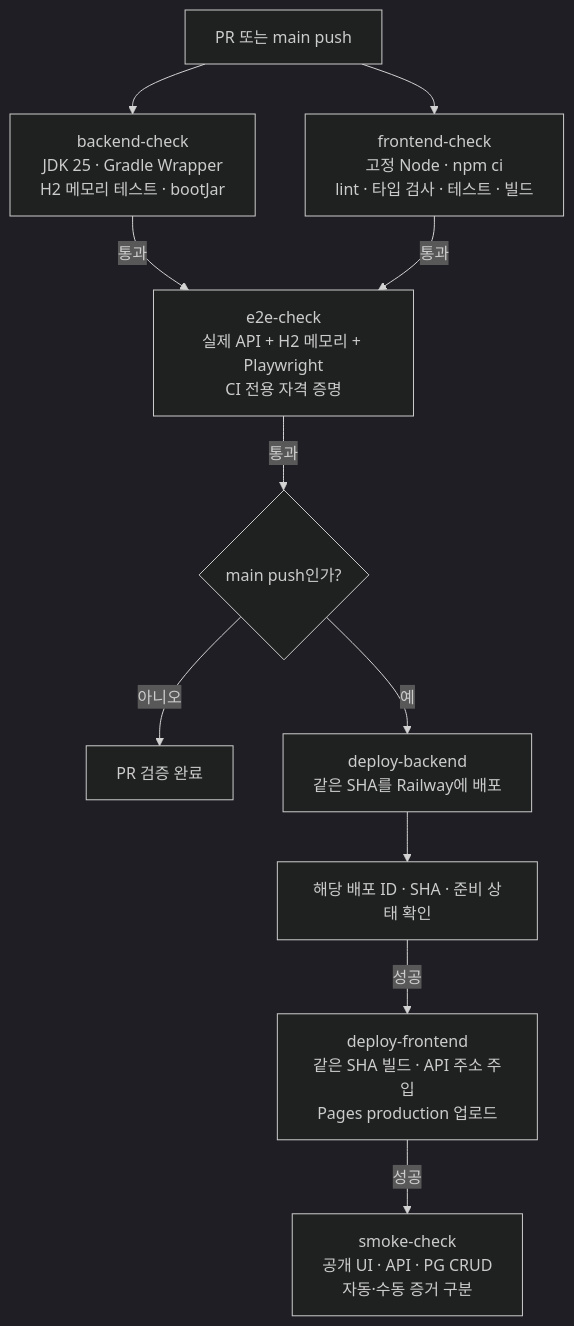
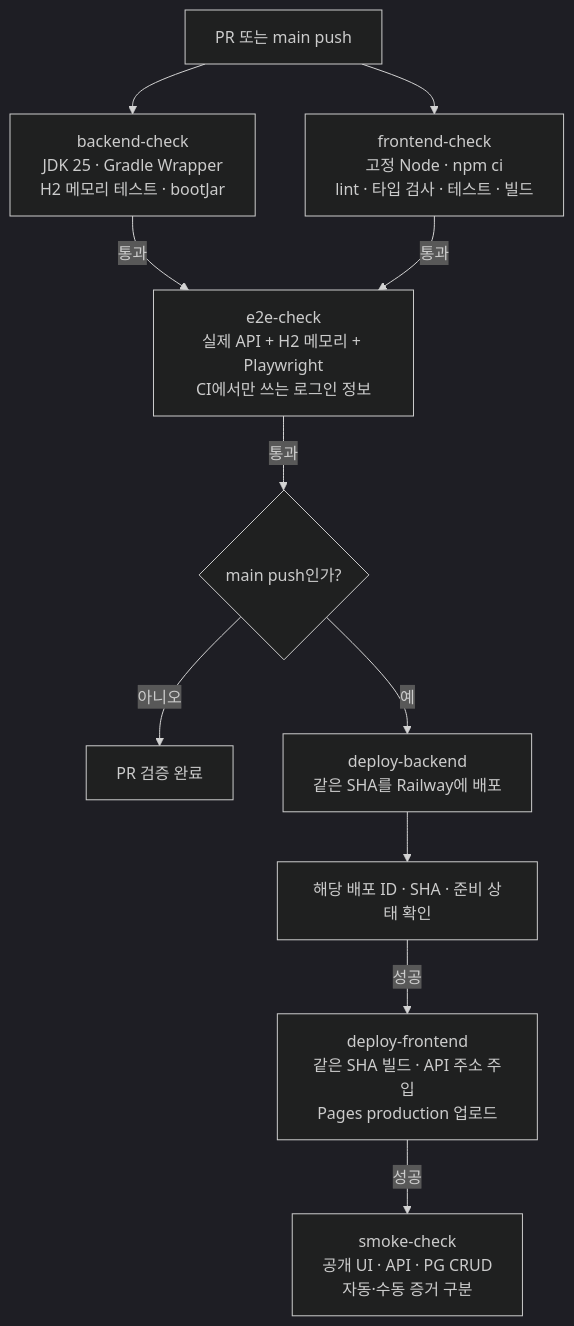
One commit to jhs512/matt-user-guide changed diagram 14 of 16 in README.md. Above: the diagram before and after it, drawn with Mermaid (dark theme). The commit also changed other lines of this file and 1 other file, not shown here.

````diff
--- a/README.md
+++ b/README.md
@@ -1050,13 +1058,13 @@
 ```mermaid
 flowchart TD
     trigger["PR 또는 main push"] --> backend["backend-check<br/>JDK 25 · Gradle Wrapper<br/>H2 메모리 테스트 · bootJar"]
     trigger --> frontend["frontend-check<br/>고정 Node · npm ci<br/>lint · 타입 검사 · 테스트 · 빌드"]
-    backend -->|"통과"| e2e["e2e-check<br/>실제 API + H2 메모리 + Playwright<br/>CI 전용 자격 증명"]
+    backend -->|"통과"| e2e["e2e-check<br/>실제 API + H2 메모리 + Playwright<br/>CI에서만 쓰는 로그인 정보"]
     frontend -->|"통과"| e2e
     e2e -->|"통과"| branch{"main push인가?"}
     branch -->|"아니오"| pr["PR 검증 완료"]
     branch -->|"예"| railway["deploy-backend<br/>같은 SHA를 Railway에 배포"]
     railway --> ready["해당 배포 ID · SHA · 준비 상태 확인"]
     ready -->|"성공"| pages["deploy-frontend<br/>같은 SHA 빌드 · API 주소 주입<br/>Pages production 업로드"]
     pages -->|"성공"| smoke["smoke-check<br/>공개 UI · API · PG CRUD<br/>자동·수동 증거 구분"]
 ```
````
